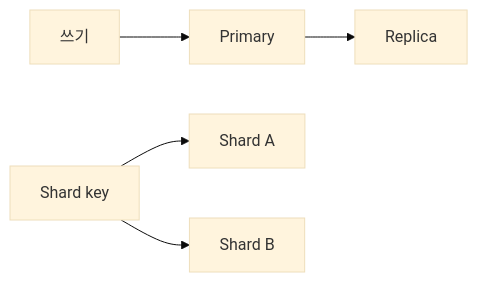
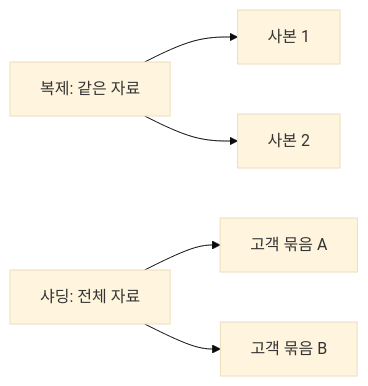
Before and after one commit to moocongpapa/it-study: the diagram in content/topics/replication-sharding.md, drawn with Mermaid (base theme). The commit also changed other lines of this file and 71 other files, not shown here.

````diff
--- a/content/topics/replication-sharding.md
+++ b/content/topics/replication-sharding.md
@@ -6,6 +20,7 @@
 ```mermaid
 flowchart LR
-  W["쓰기"] --> P["Primary"] --> R["Replica"]
-  K["Shard key"] --> A["Shard A"]
-  K --> B["Shard B"]
+ A["복제: 같은 자료"] --> B["사본 1"]
+ A --> C["사본 2"]
+ D["샤딩: 전체 자료"] --> E["고객 묶음 A"]
+ D --> F["고객 묶음 B"]
 ```
````
